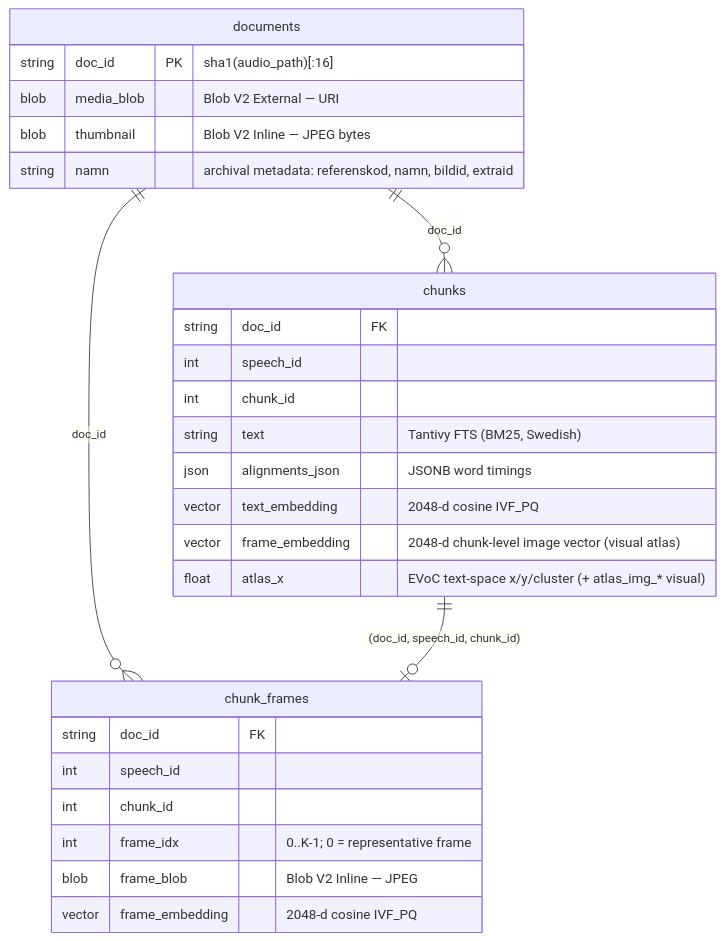
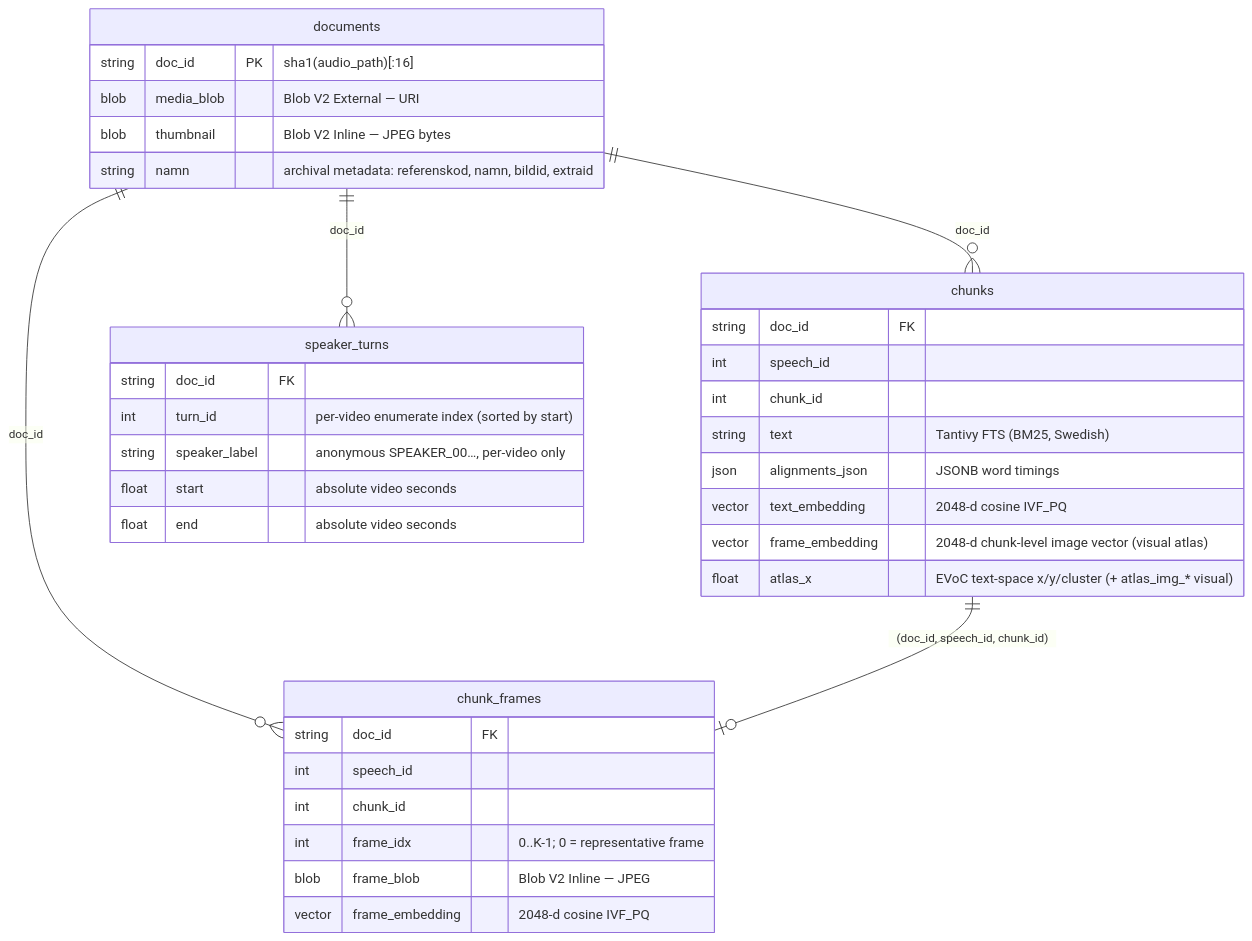
One commit to Borg93/lance-audio-demo changed the second of 4 diagrams in GUIDE.md. Above: the diagram before and after it, drawn with Mermaid. The commit also changed other lines of this file and 14 other files, not shown here.

First line of the commit message:
feat(diarization): per-video speaker diarization with a Speakers timeline

````diff
--- a/GUIDE.md
+++ b/GUIDE.md
@@ -115,31 +116,39 @@
 ```mermaid
 erDiagram
     documents ||--o{ chunks : "doc_id"
     documents ||--o{ chunk_frames : "doc_id"
+    documents ||--o{ speaker_turns : "doc_id"
     chunks ||--o| chunk_frames : "(doc_id, speech_id, chunk_id)"
 
     documents {
         string doc_id PK "sha1(audio_path)[:16]"
         blob media_blob "Blob V2 External — URI"
         blob thumbnail "Blob V2 Inline — JPEG bytes"
         string namn "archival metadata: referenskod, namn, bildid, extraid"
     }
     chunks {
         string doc_id FK
         int speech_id
         int chunk_id
         string text "Tantivy FTS (BM25, Swedish)"
         json alignments_json "JSONB word timings"
         vector text_embedding "2048-d cosine IVF_PQ"
         vector frame_embedding "2048-d chunk-level image vector (visual atlas)"
         float atlas_x "EVoC text-space x/y/cluster (+ atlas_img_* visual)"
     }
     chunk_frames {
         string doc_id FK
         int speech_id
         int chunk_id
         int frame_idx "0..K-1; 0 = representative frame"
         blob frame_blob "Blob V2 Inline — JPEG"
         vector frame_embedding "2048-d cosine IVF_PQ"
     }
+    speaker_turns {
+        string doc_id FK
+        int turn_id "per-video enumerate index (sorted by start)"
+        string speaker_label "anonymous SPEAKER_00…, per-video only"
+        float start "absolute video seconds"
+        float end "absolute video seconds"
+    }
 ```
````
